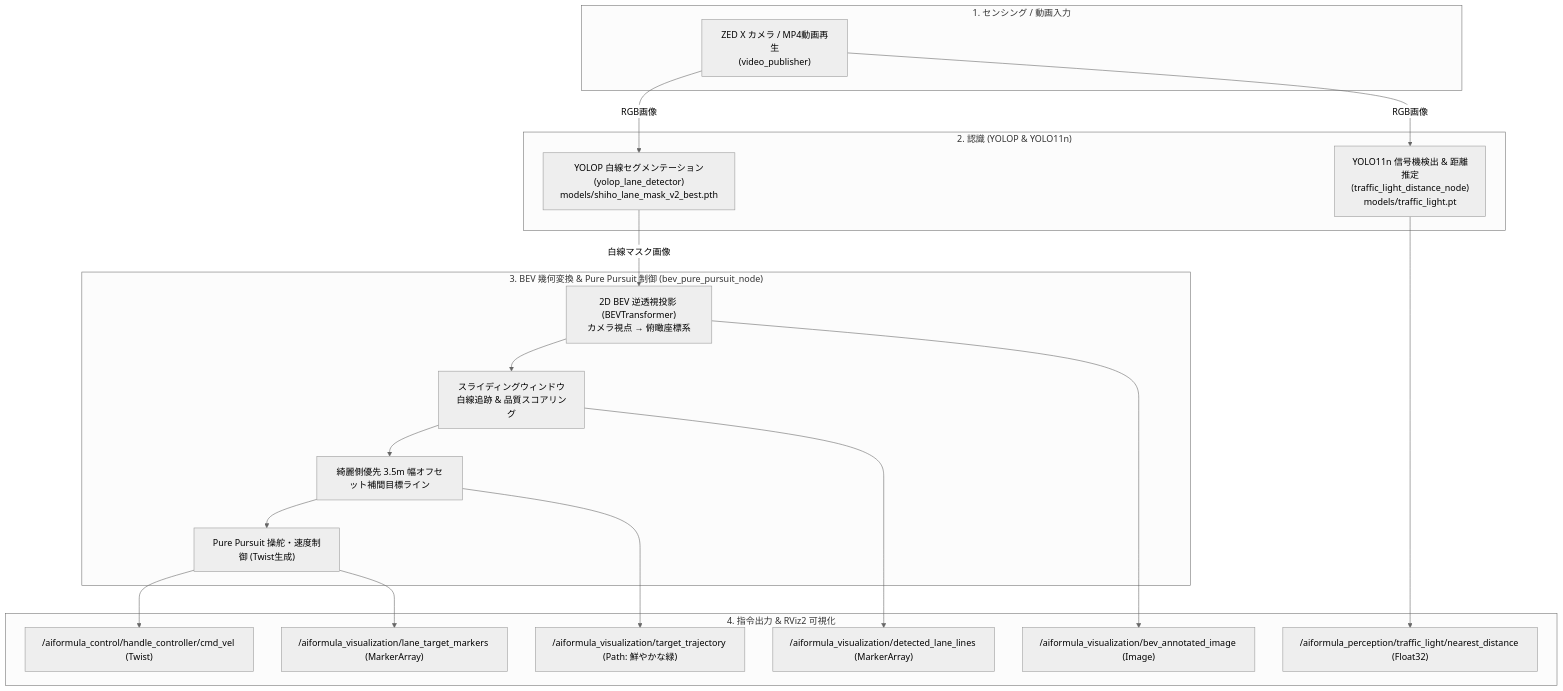
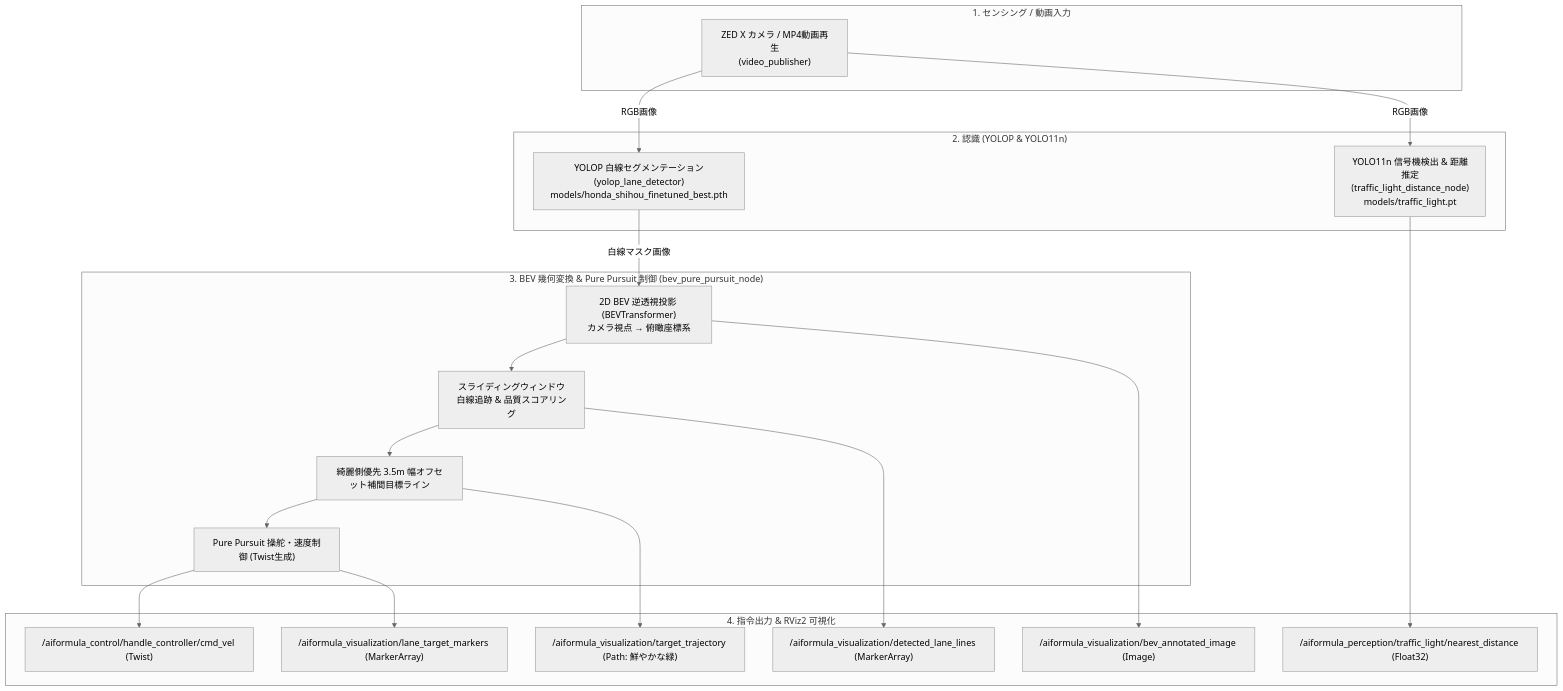
The diagram in src/oit_navigation/README.md (miyanswer/aiformula_machine), drawn with Mermaid (neutral theme) before and after one commit. The commit also changed 26 other files, not shown here.

````diff
--- a/src/oit_navigation/README.md
+++ b/src/oit_navigation/README.md
@@ -11,40 +11,40 @@
 ```mermaid
 flowchart TD
     subgraph Sensing ["1. センシング / 動画入力"]
         CAM["ZED X カメラ / MP4動画再生<br>(video_publisher)"]
     end
 
     subgraph Perception ["2. 認識 (YOLOP & YOLO11n)"]
-        YOLOP["YOLOP 白線セグメンテーション<br>(yolop_lane_detector)<br>models/shiho_lane_mask_v2_best.pth"]
+        YOLOP["YOLOP 白線セグメンテーション<br>(yolop_lane_detector)<br>models/honda_shihou_finetuned_best.pth"]
         YOLO_TL["YOLO11n 信号機検出 & 距離推定<br>(traffic_light_distance_node)<br>models/traffic_light.pt"]
     end
 
     subgraph Control ["3. BEV 幾何変換 & Pure Pursuit 制御 (bev_pure_pursuit_node)"]
         IPM["2D BEV 逆透視投影 (BEVTransformer)<br>カメラ視点 → 俯瞰座標系"]
         WINDOW["スライディングウィンドウ白線追跡 & 品質スコアリング"]
         OFFSET["綺麗側優先 3.5m 幅オフセット補間目標ライン"]
         PP["Pure Pursuit 操舵・速度制御 (Twist生成)"]
     end
 
     subgraph Output ["4. 指令出力 & RViz2 可視化"]
         CMD["/aiformula_control/handle_controller/cmd_vel (Twist)"]
         TL_DIST["/aiformula_perception/traffic_light/nearest_distance (Float32)"]
         RV_BEV["/aiformula_visualization/bev_annotated_image (Image)"]
         RV_LANES["/aiformula_visualization/detected_lane_lines (MarkerArray)"]
         RV_PATH["/aiformula_visualization/target_trajectory (Path: 鮮やかな緑)"]
         RV_MARKER["/aiformula_visualization/lane_target_markers (MarkerArray)"]
     end
 
     CAM -->|RGB画像| YOLOP
     CAM -->|RGB画像| YOLO_TL
     YOLOP -->|白線マスク画像| IPM
     IPM --> WINDOW
     WINDOW --> OFFSET
     OFFSET --> PP
     PP --> CMD
     YOLO_TL --> TL_DIST
     WINDOW --> RV_LANES
     OFFSET --> RV_PATH
     PP --> RV_MARKER
     IPM --> RV_BEV
 ```
````
